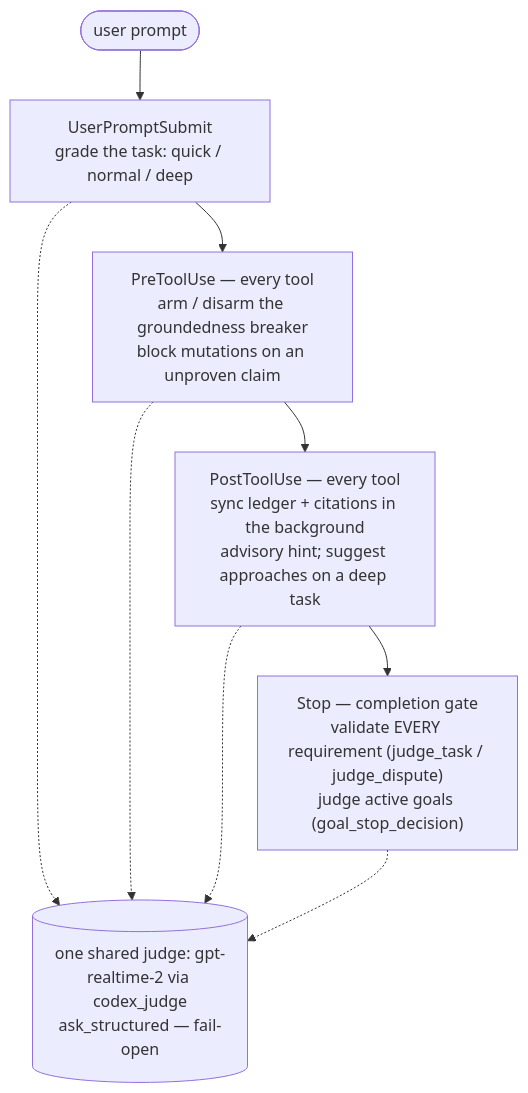
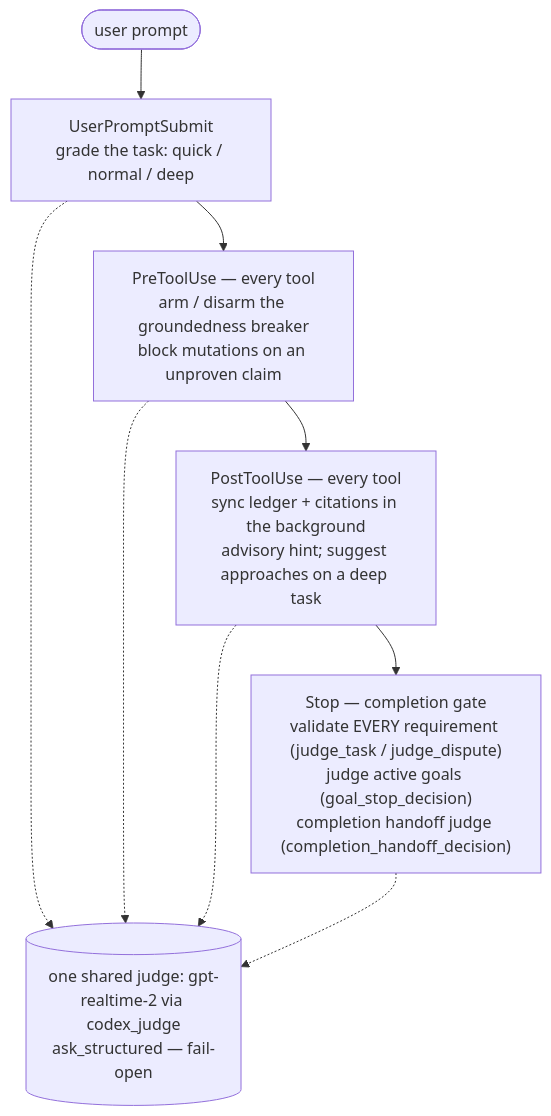
The diagram in README.md (jaredboynton/unifable), drawn with Mermaid before and after one commit. The commit also changed other lines of this file and 14 other files, not shown here.

Commit message:
feat: add completion handoff and benchmark harness

````diff
--- a/README.md
+++ b/README.md
@@ -46,13 +55,13 @@
 ```mermaid
 flowchart TB
   P([user prompt]) --> UPS
   UPS["UserPromptSubmit<br/>grade the task: quick / normal / deep"] --> PTU
   PTU["PreToolUse — every tool<br/>arm / disarm the groundedness breaker<br/>block mutations on an unproven claim"] --> POST
   POST["PostToolUse — every tool<br/>sync ledger + citations in the background<br/>advisory hint; suggest approaches on a deep task"] --> STOP
-  STOP["Stop — completion gate<br/>validate EVERY requirement (judge_task / judge_dispute)<br/>judge active goals (goal_stop_decision)"]
+  STOP["Stop — completion gate<br/>validate EVERY requirement (judge_task / judge_dispute)<br/>judge active goals (goal_stop_decision)<br/>completion handoff judge (completion_handoff_decision)"]
   UPS -.-> CJ
   PTU -.-> CJ
   POST -.-> CJ
   STOP -.-> CJ
   CJ[("one shared judge: gpt-realtime-2 via codex_judge<br/>ask_structured — fail-open")]
 ```
````
